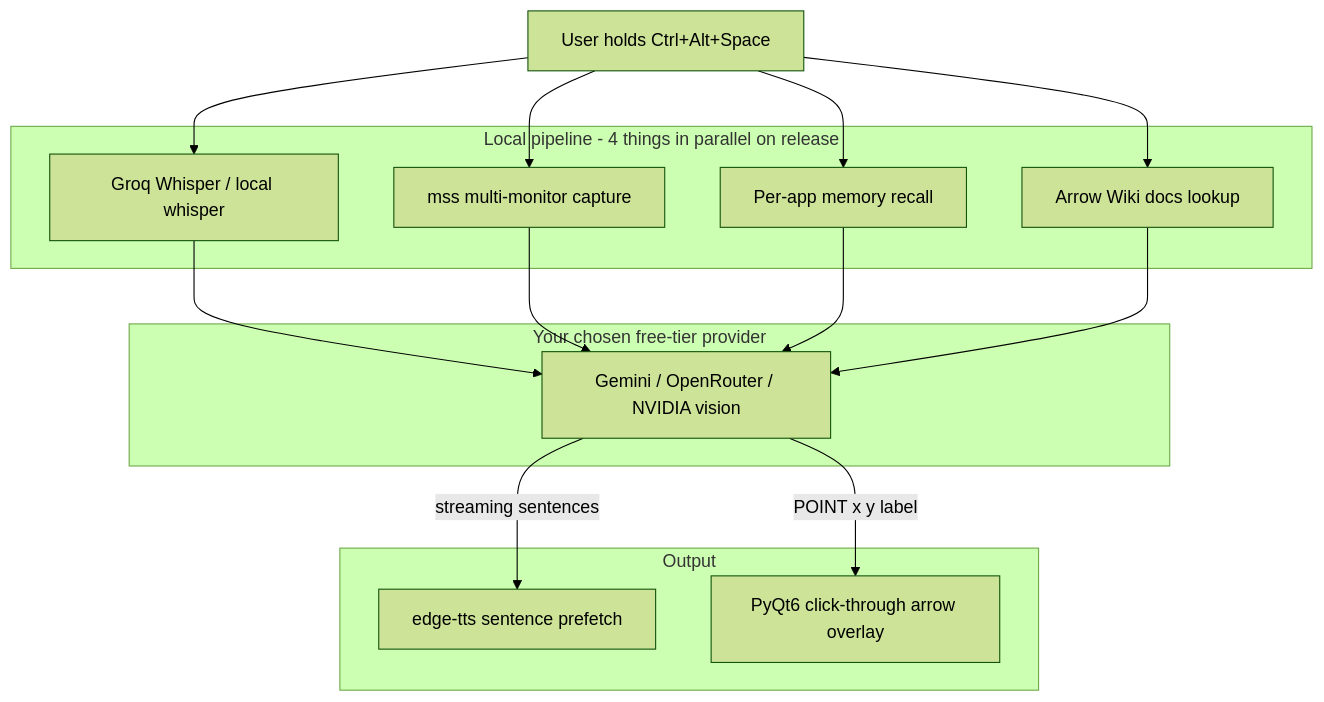
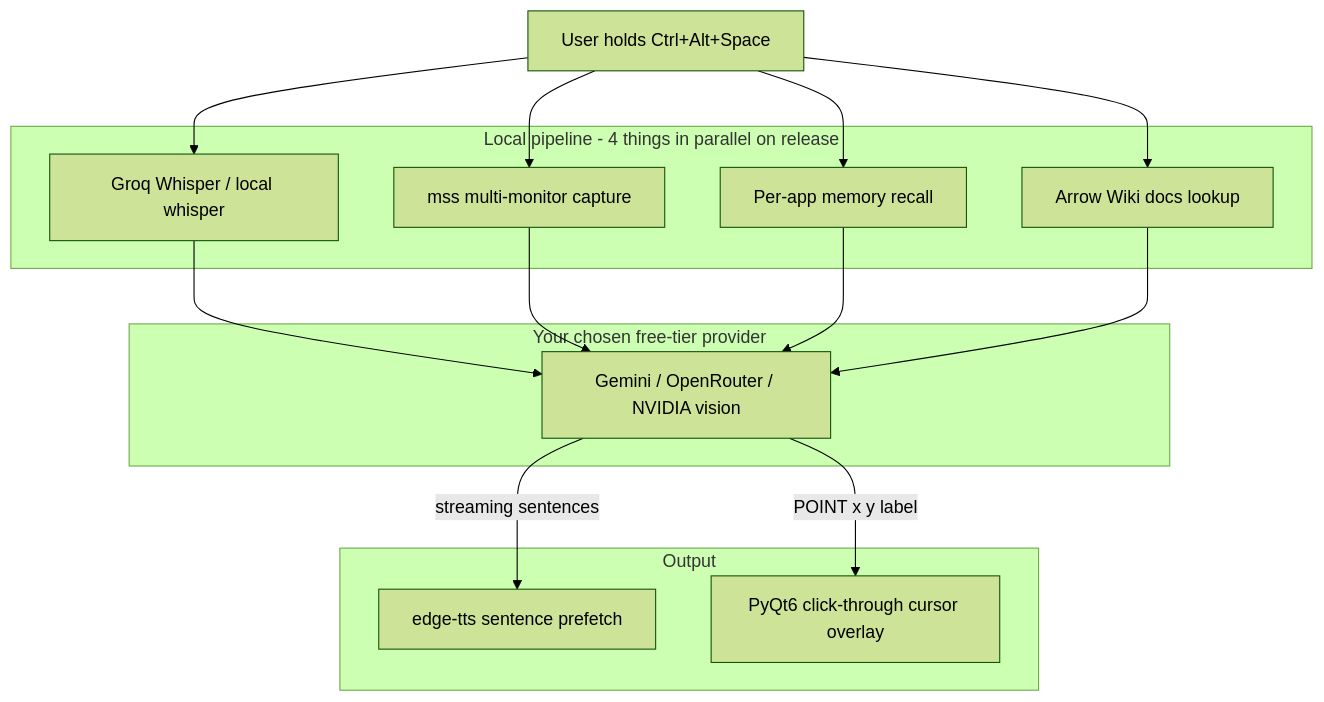
One commit to jazzpher/arrow-assistant changed the diagram in README.md. Above: the diagram before and after it, drawn with Mermaid (forest theme). The commit also changed other lines of this file and 5 other files, not shown here.

````diff
--- a/README.md
+++ b/README.md
@@ -185,21 +185,21 @@
 ```mermaid
 graph TD
     USER[User holds Ctrl+Alt+Space]
     subgraph Local [Local pipeline - 4 things in parallel on release]
         STT[Groq Whisper / local whisper]
         CAP[mss multi-monitor capture]
         MEM[Per-app memory recall]
         KB[Arrow Wiki docs lookup]
     end
     subgraph Cloud [Your chosen free-tier provider]
         LLM[Gemini / OpenRouter / NVIDIA vision]
     end
     subgraph Out [Output]
         TTS[edge-tts sentence prefetch]
-        OVL[PyQt6 click-through arrow overlay]
+        OVL[PyQt6 click-through cursor overlay]
     end
     USER --> STT & CAP & MEM & KB
     STT & CAP & MEM & KB --> LLM
     LLM -->|streaming sentences| TTS
     LLM -->|POINT x y label| OVL
 ```
````
